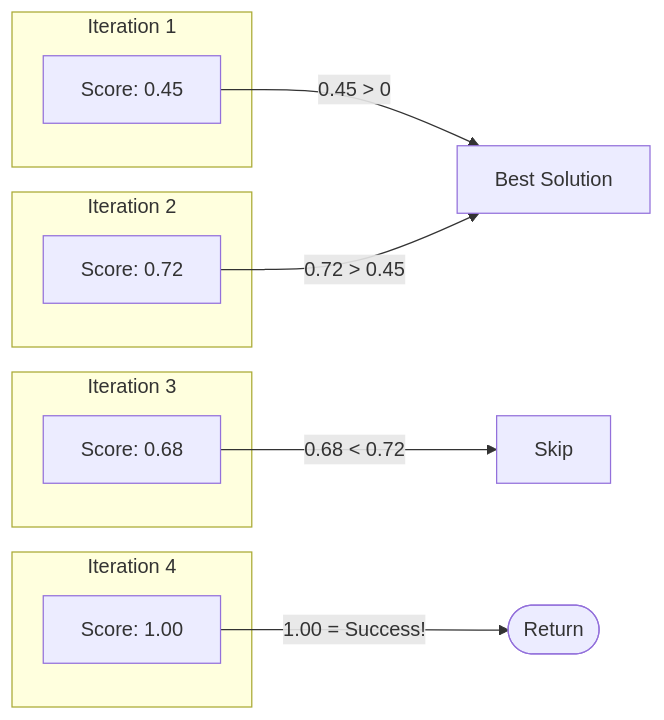
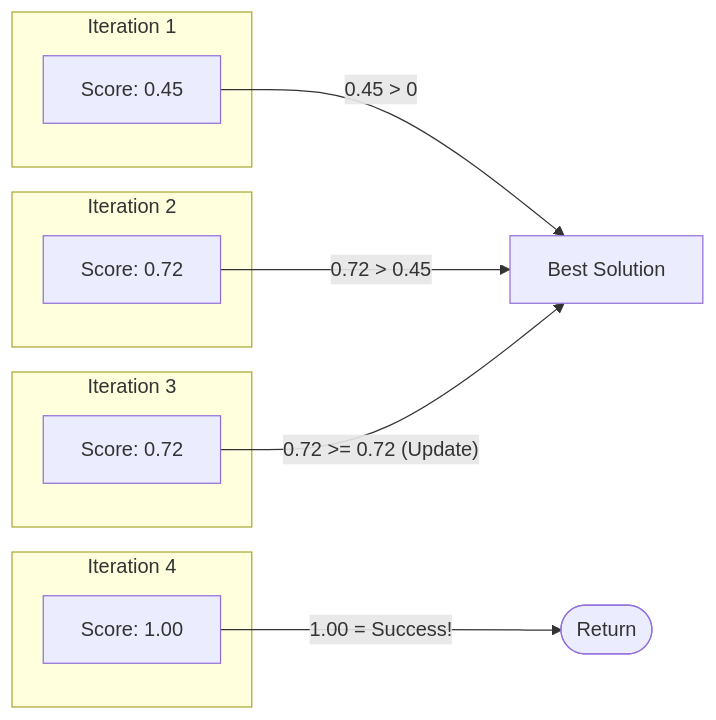
The second of 3 diagrams in docs/03-self-auditing-mechanism.md (maxkulish/poetiq-arc-agi-solver), drawn with Mermaid before and after one commit. The commit also changed other lines of this file, not shown here.

Commit message:
Clarify self-auditing mechanism doc

````diff
--- a/docs/03-self-auditing-mechanism.md
+++ b/docs/03-self-auditing-mechanism.md
@@ -108,22 +108,22 @@
 ```mermaid
 flowchart LR
     subgraph "Iteration 1"
         A1[Score: 0.45]
     end
     subgraph "Iteration 2"
         A2[Score: 0.72]
     end
     subgraph "Iteration 3"
-        A3[Score: 0.68]
+        A3[Score: 0.72]
     end
     subgraph "Iteration 4"
         A4[Score: 1.00]
     end
 
     BEST[Best Solution]
 
     A1 -->|"0.45 > 0"| BEST
     A2 -->|"0.72 > 0.45"| BEST
-    A3 -->|"0.68 < 0.72"| SKIP[Skip]
+    A3 -->|"0.72 >= 0.72 (Update)"| BEST
     A4 -->|"1.00 = Success!"| RETURN([Return])
 ```
````
